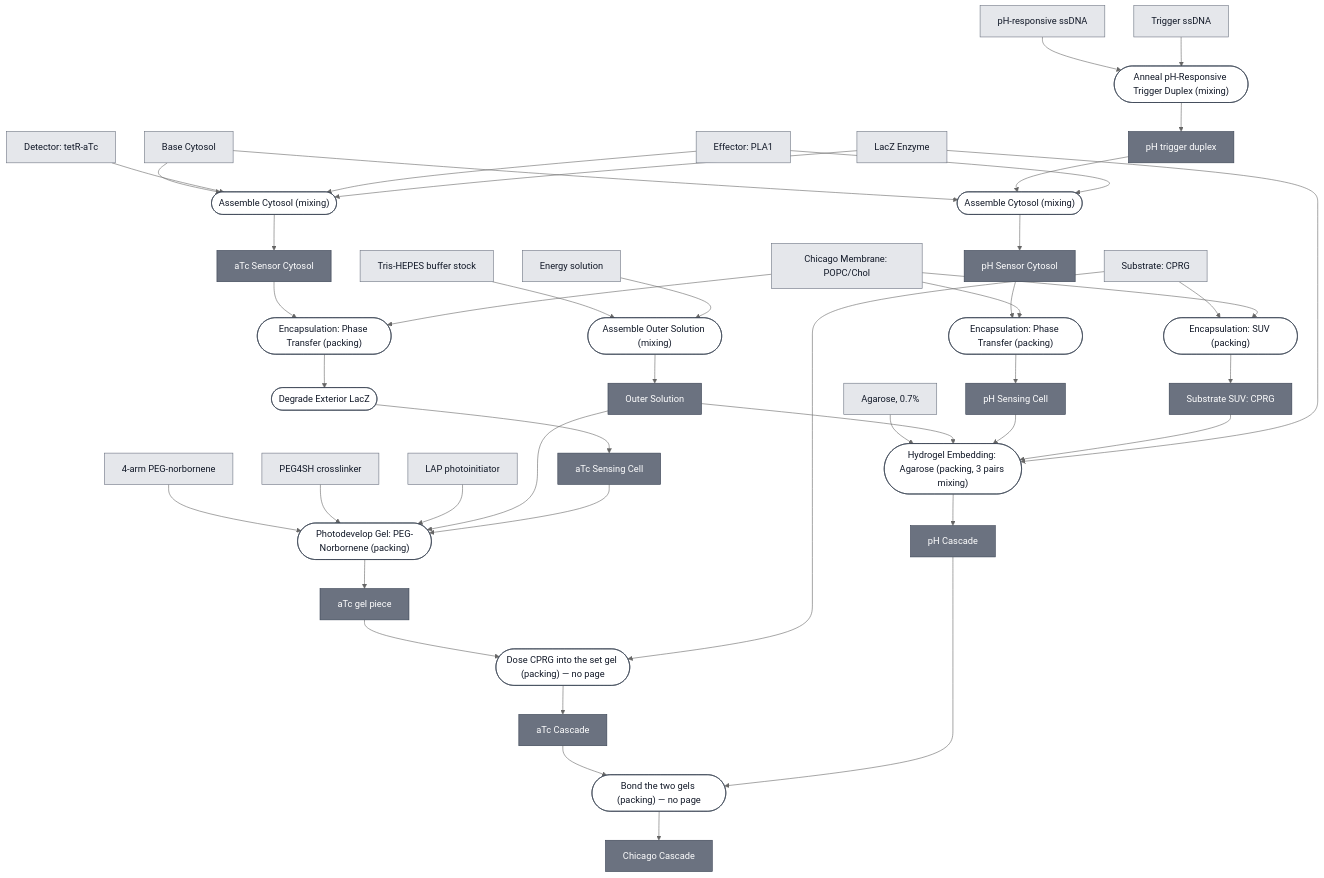
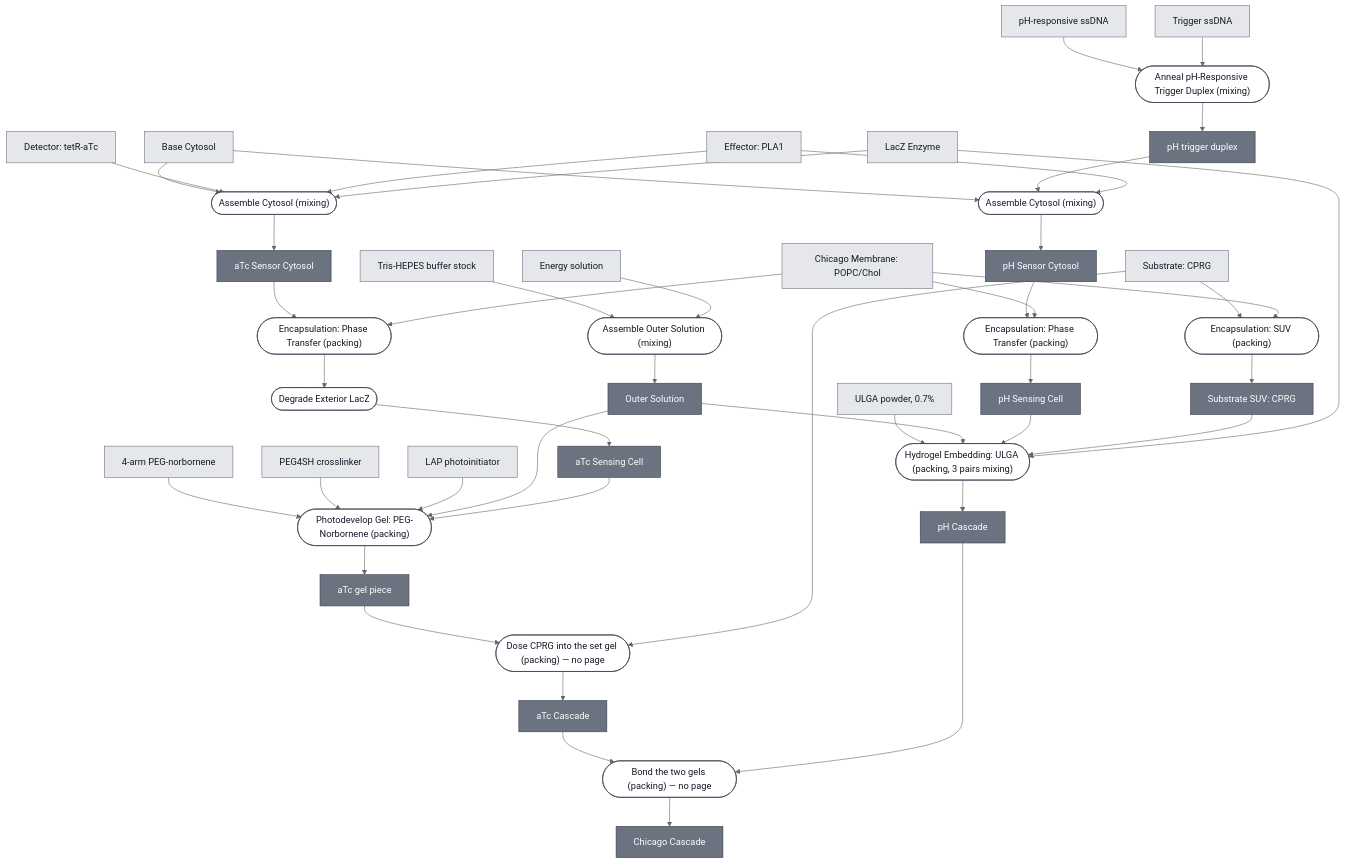
The diagram in docs/modules/chicago-cascade/spec.md (nucleus-eng/nucleus-docs), drawn with Mermaid (neutral theme) before and after one commit. The commit also changed 7 other files, not shown here.

```diff
--- a/docs/modules/chicago-cascade/spec.md
+++ b/docs/modules/chicago-cascade/spec.md
@@ -49,7 +49,7 @@
     LAP["LAP photoinitiator"]
     PH_RESPONSIVE_SSDNA["pH-responsive ssDNA"]
     TRIGGER_SSDNA["Trigger ssDNA"]
-    AGAROSE["Agarose, 0.7%"]
+    ULGA_POWDER["ULGA powder, 0.7%"]
 
     P1_ASSEMBLE_OUTER_SOLUTION_0(["Assemble Outer Solution (mixing)"])
     CHICAGO_OUTER_SOLUTION["Outer Solution"]
@@ -70,7 +70,7 @@
     PH_SENSING_CELL["pH Sensing Cell"]
     P9_ENCAPSULATE_SUBSTRATE_SUV_0(["Encapsulation: SUV (packing)"])
     SUBSTRATE_CPRG_SUV["Substrate SUV: CPRG"]
-    P10_EMBED_AGAROSE_0(["Hydrogel Embedding: Agarose (packing, 3 pairs mixing)"])
+    P10_EMBED_AGAROSE_0(["Hydrogel Embedding: ULGA (packing, 3 pairs mixing)"])
     PH_GEL["pH Cascade"]
     P11_BOND_GELS_0(["Bond the two gels (packing) — no page"])
     CHICAGO_CASCADE["Chicago Cascade"]
@@ -118,7 +118,7 @@
     MEMBRANE_CHICAGO --> P9_ENCAPSULATE_SUBSTRATE_SUV_0
     P9_ENCAPSULATE_SUBSTRATE_SUV_0 --> SUBSTRATE_CPRG_SUV
 
-    AGAROSE --> P10_EMBED_AGAROSE_0
+    ULGA_POWDER --> P10_EMBED_AGAROSE_0
     CHICAGO_OUTER_SOLUTION --> P10_EMBED_AGAROSE_0
     PH_SENSING_CELL --> P10_EMBED_AGAROSE_0
     SUBSTRATE_CPRG_SUV --> P10_EMBED_AGAROSE_0
@@ -133,7 +133,7 @@
     classDef leaf     fill:#e5e7eb,stroke:#6b7280,color:#111827;
     classDef composed fill:#6b7280,stroke:#374151,color:#ffffff;
     classDef process  fill:#ffffff,stroke:#374151,color:#111827;
-    class BASE_CYTOSOL,TRIS_HEPES_STOCK,ENERGY_SOLUTION,MEMBRANE_CHICAGO,EFFECTOR_PLA1,REPORTER_LACZ_ENZYME,SUBSTRATE_CPRG,DETECTOR_TETR_ATC,PEG_NORBORNENE_MONOMER,PEG4SH,LAP,PH_RESPONSIVE_SSDNA,TRIGGER_SSDNA,AGAROSE leaf;
+    class BASE_CYTOSOL,TRIS_HEPES_STOCK,ENERGY_SOLUTION,MEMBRANE_CHICAGO,EFFECTOR_PLA1,REPORTER_LACZ_ENZYME,SUBSTRATE_CPRG,DETECTOR_TETR_ATC,PEG_NORBORNENE_MONOMER,PEG4SH,LAP,PH_RESPONSIVE_SSDNA,TRIGGER_SSDNA,ULGA_POWDER leaf;
     class CHICAGO_OUTER_SOLUTION,ATC_SENSOR_CYTOSOL,ATC_SENSING_CELL,ATC_GEL,ATC_GEL_LOADED,PH_TRIGGER_DUPLEX,PH_SENSOR_CYTOSOL,PH_SENSING_CELL,SUBSTRATE_CPRG_SUV,PH_GEL,CHICAGO_CASCADE composed;
     class P1_ASSEMBLE_OUTER_SOLUTION_0,P2_ASSEMBLE_ATC_CYTOSOL_0,P3_ENCAPSULATE_ATC_0,P3_ENCAPSULATE_ATC_1,P4_PHOTODEVELOP_ATC_GEL_0,P5_DOSE_CPRG_INTO_ATC_GEL_0,P6_ANNEAL_TRIGGER_DUPLEX_0,P7_ASSEMBLE_PH_CYTOSOL_0,P8_ENCAPSULATE_PH_0,P9_ENCAPSULATE_SUBSTRATE_SUV_0,P10_EMBED_AGAROSE_0,P11_BOND_GELS_0 process;
 
@@ -144,7 +144,7 @@
     click SUBSTRATE_CPRG "/docs/modules/substrate-cprg/spec"
     click DETECTOR_TETR_ATC "/docs/modules/detector-tetr-atc/spec"
     click PEG_NORBORNENE_MONOMER "/docs/modules/gel-peg-norbornene/spec"
-    click AGAROSE "/docs/modules/gel-ulga/spec"
+    click ULGA_POWDER "/docs/modules/gel-ulga/spec"
     click P1_ASSEMBLE_OUTER_SOLUTION_0 "/docs/processes/assemble-outer-solution/main"
     click P2_ASSEMBLE_ATC_CYTOSOL_0 "/docs/processes/assemble-cytosol/assemble-cytosol-main"
     click ATC_SENSOR_CYTOSOL "/docs/modules/atc-sensor-cytosol/spec"
```
